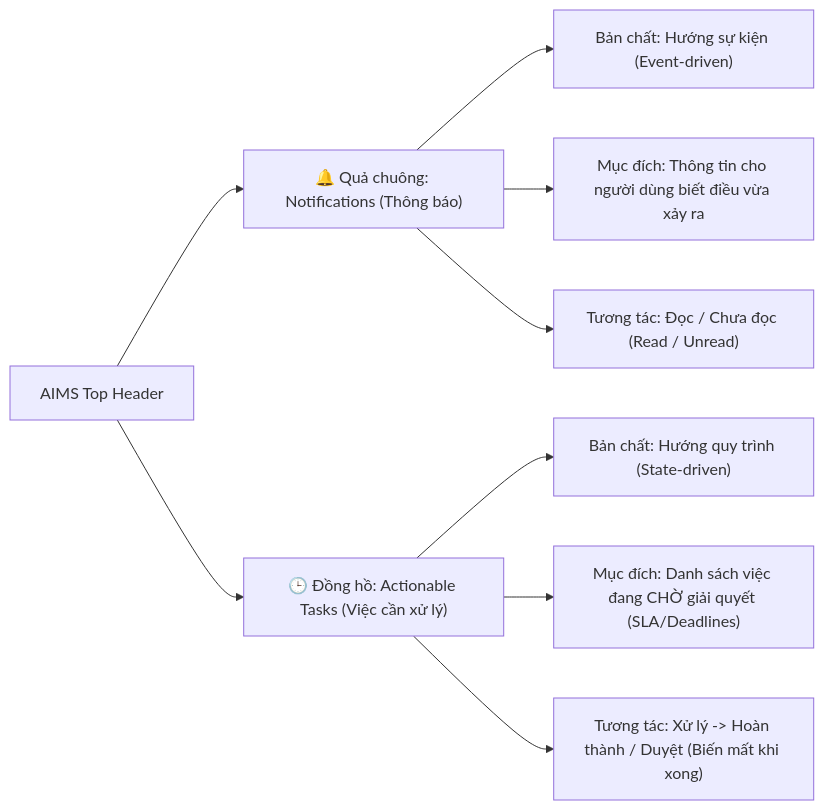
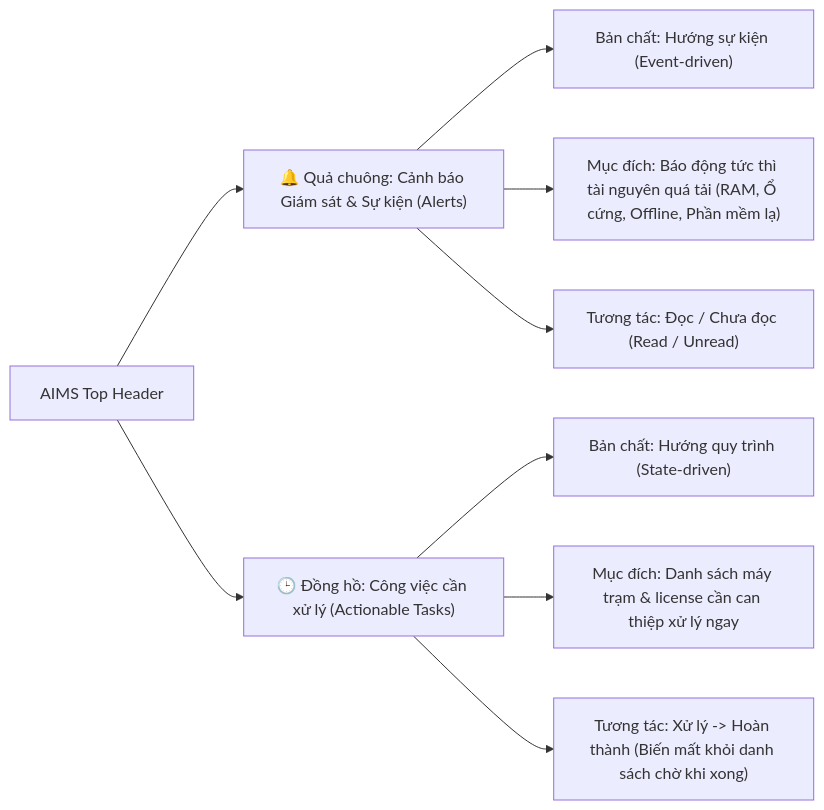
Before and after one commit to NguyenCong2806/aims-admin-frontend: the first of 2 diagrams in DOCS_NOTIFICATION_AND_PENDING_TASKS_SPEC.md, drawn with Mermaid. The commit also changed other lines of this file and 2 other files, not shown here.

Commit message:
feat(header): align notifications and tasks with live telemetry alerts (RAM, Disk, Offline, Software)

````diff
--- a/DOCS_NOTIFICATION_AND_PENDING_TASKS_SPEC.md
+++ b/DOCS_NOTIFICATION_AND_PENDING_TASKS_SPEC.md
@@ -11,13 +11,13 @@
 ```mermaid
 flowchart LR
-    A[AIMS Top Header] --> B["🔔 Quả chuông: Notifications (Thông báo)"]
-    A --> C["🕒 Đồng hồ: Actionable Tasks (Việc cần xử lý)"]
+    A[AIMS Top Header] --> B["🔔 Quả chuông: Cảnh báo Giám sát & Sự kiện (Alerts)"]
+    A --> C["🕒 Đồng hồ: Công việc cần xử lý (Actionable Tasks)"]
     
     B --> B1["Bản chất: Hướng sự kiện (Event-driven)"]
-    B --> B2["Mục đích: Thông tin cho người dùng biết điều vừa xảy ra"]
+    B --> B2["Mục đích: Báo động tức thì tài nguyên quá tải (RAM, Ổ cứng, Offline, Phần mềm lạ)"]
     B --> B3["Tương tác: Đọc / Chưa đọc (Read / Unread)"]
     
     C --> C1["Bản chất: Hướng quy trình (State-driven)"]
-    C --> C2["Mục đích: Danh sách việc đang CHỜ giải quyết (SLA/Deadlines)"]
-    C --> C3["Tương tác: Xử lý -> Hoàn thành / Duyệt (Biến mất khi xong)"]
+    C --> C2["Mục đích: Danh sách máy trạm & license cần can thiệp xử lý ngay"]
+    C --> C3["Tương tác: Xử lý -> Hoàn thành (Biến mất khỏi danh sách chờ khi xong)"]
 ```
````
